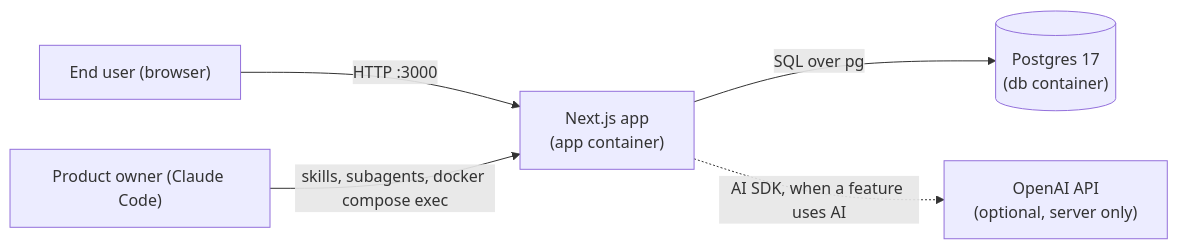
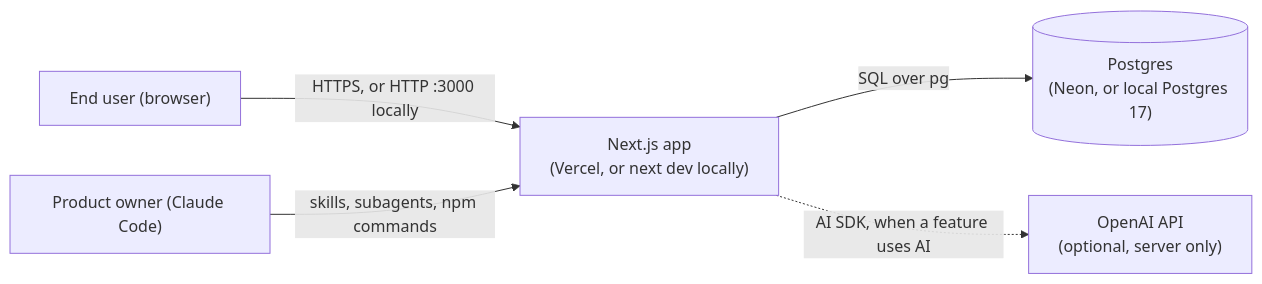
Before and after one commit to Blueydata/ai-dev-foundation: the diagram in docs/technical/overview.md, drawn with Mermaid. The commit also changed other lines of this file and 11 other files, not shown here.

First line of the commit message:
docs: document cloud-first development and the Vercel and Neon deploy

````diff
--- a/docs/technical/overview.md
+++ b/docs/technical/overview.md
@@ -9,12 +9,12 @@
 ```mermaid
 flowchart LR
   user["End user (browser)"]
   owner["Product owner (Claude Code)"]
-  app["Next.js app<br/>(app container)"]
-  db[("Postgres 17<br/>(db container)")]
+  app["Next.js app<br/>(Vercel, or next dev locally)"]
+  db[("Postgres<br/>(Neon, or local Postgres 17)")]
   openai["OpenAI API<br/>(optional, server only)"]
-  user -- "HTTP :3000" --> app
-  owner -- "skills, subagents, docker compose exec" --> app
+  user -- "HTTPS, or HTTP :3000 locally" --> app
+  owner -- "skills, subagents, npm commands" --> app
   app -- "SQL over pg" --> db
   app -. "AI SDK, when a feature uses AI" .-> openai
 ```
````
